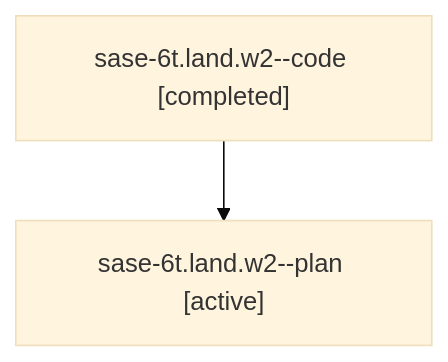
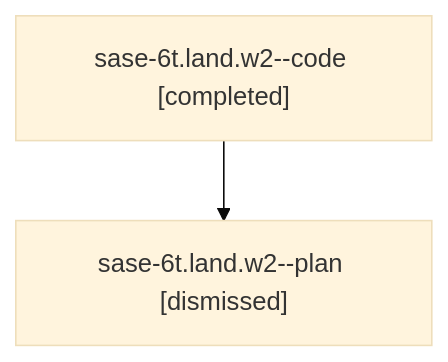
Before and after one commit to sase-org/sase--agents: the diagram in sessions/bbugyi200.athena.sase-6t.land.w2.md, drawn with Mermaid (base theme). The commit also changed other lines of this file and 45 other files, not shown here.

````diff
--- a/sessions/bbugyi200.athena.sase-6t.land.w2.md
+++ b/sessions/bbugyi200.athena.sase-6t.land.w2.md
@@ -9,6 +9,6 @@
 ```mermaid
 flowchart TD
   n0["sase-6t.land.w2--code [completed]"]
-  n1["sase-6t.land.w2--plan [active]"]
+  n1["sase-6t.land.w2--plan [dismissed]"]
   n0 --> n1
 ```
````
